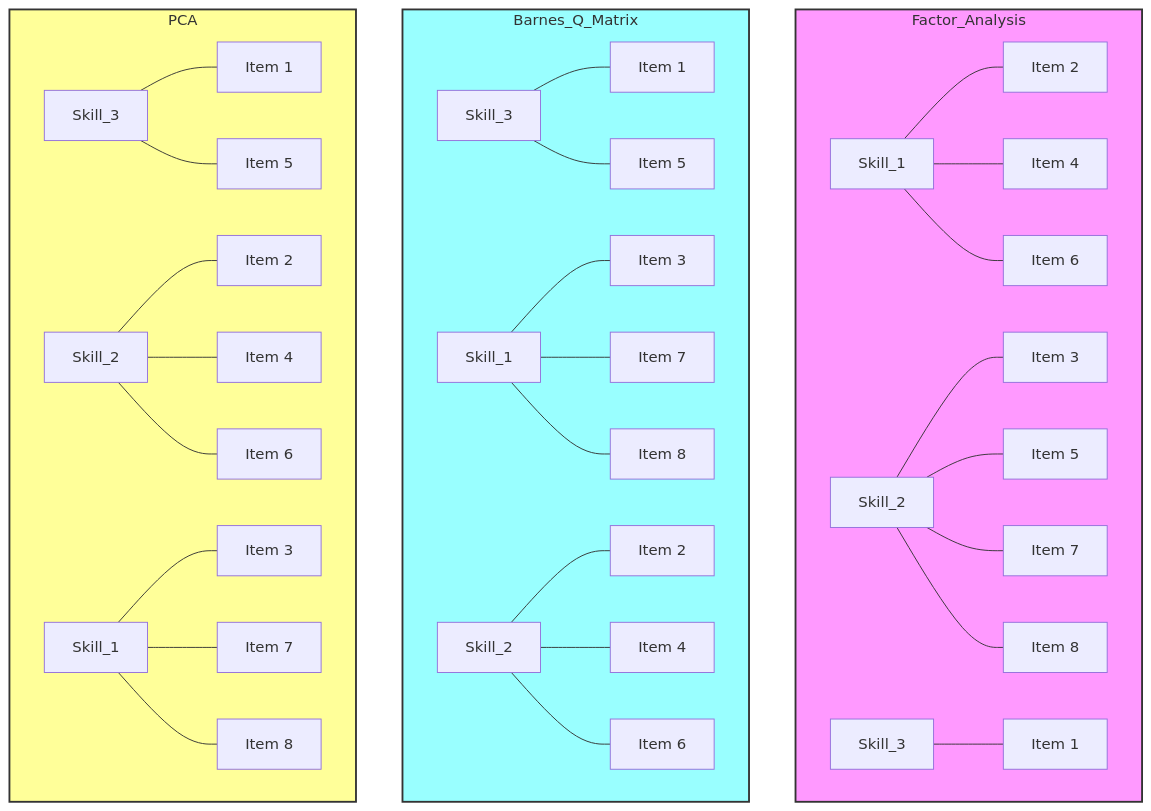
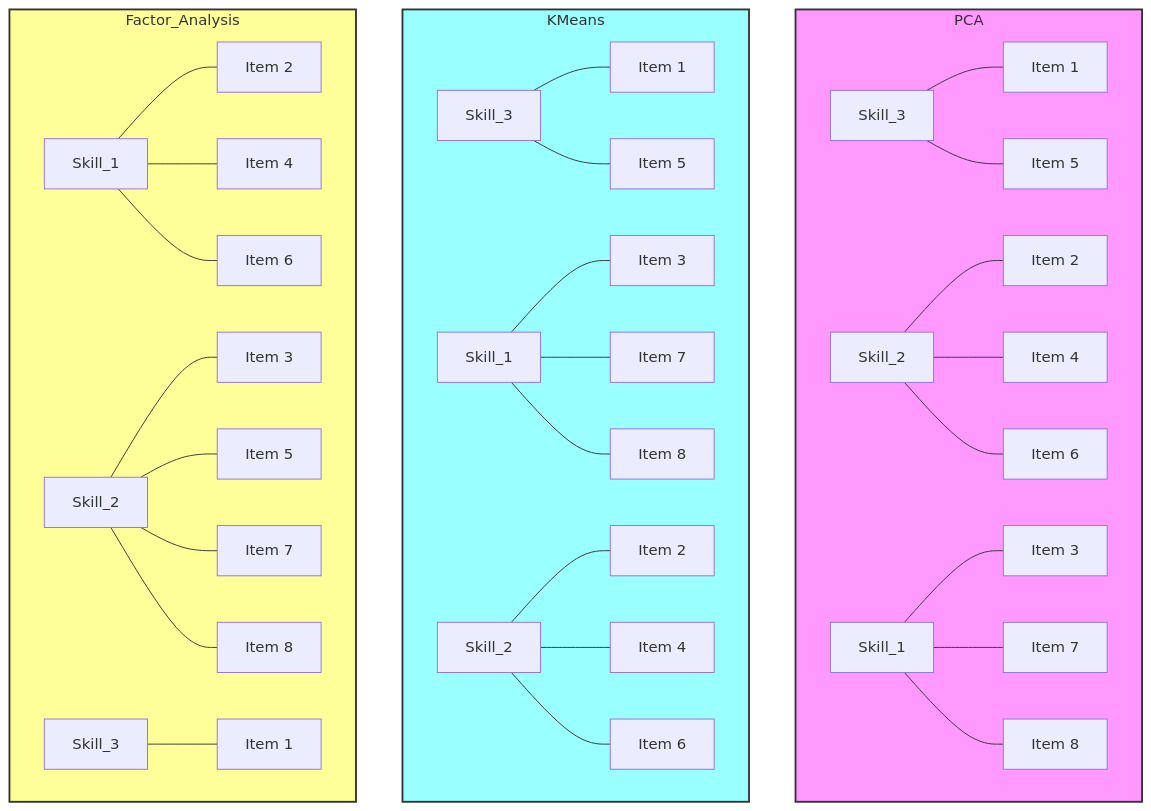
The first of 4 diagrams in educ_6191_001/creative_assignments/assignment_3/index.qmd (baker-jr-john/Website), drawn with Mermaid before and after one commit. The commit also changed other lines of this file and 3 other files, not shown here.

Commit message:
Updated some formatting and added a link for more information about Mermaid diagramming and charting

````diff
--- a/educ_6191_001/creative_assignments/assignment_3/index.qmd
+++ b/educ_6191_001/creative_assignments/assignment_3/index.qmd
@@ -179,45 +184,45 @@
 ```{mermaid}
 graph TB
+    subgraph PCA
+        PCA_S3[Skill_3] --- PCA_I1[Item 1]
+        PCA_S3 --- PCA_I5[Item 5]
+        
+        PCA_S2[Skill_2] --- PCA_I2[Item 2]
+        PCA_S2 --- PCA_I4[Item 4]
+        PCA_S2 --- PCA_I6[Item 6]
+        
+        PCA_S1[Skill_1] --- PCA_I3[Item 3]
+        PCA_S1 --- PCA_I7[Item 7]
+        PCA_S1 --- PCA_I8[Item 8]
+    end
+    
+    subgraph KMeans
+        BQ_S3[Skill_3] --- BQ_I1[Item 1]
+        BQ_S3 --- BQ_I5[Item 5]
+        
+        BQ_S1[Skill_1] --- BQ_I3[Item 3]
+        BQ_S1 --- BQ_I7[Item 7]
+        BQ_S1 --- BQ_I8[Item 8]
+        
+        BQ_S2[Skill_2] --- BQ_I2[Item 2]
+        BQ_S2 --- BQ_I4[Item 4]
+        BQ_S2 --- BQ_I6[Item 6]
+    end
+    
     subgraph Factor_Analysis
         FA_S1[Skill_1] --- FA_I2[Item 2]
         FA_S1 --- FA_I4[Item 4]
         FA_S1 --- FA_I6[Item 6]
         
         FA_S2[Skill_2] --- FA_I3[Item 3]
         FA_S2 --- FA_I5[Item 5]
         FA_S2 --- FA_I7[Item 7]
         FA_S2 --- FA_I8[Item 8]
         
         FA_S3[Skill_3] --- FA_I1[Item 1]
     end
-    
-    subgraph Barnes_Q_Matrix
-        BQ_S3[Skill_3] --- BQ_I1[Item 1]
-        BQ_S3 --- BQ_I5[Item 5]
-        
-        BQ_S1[Skill_1] --- BQ_I3[Item 3]
-        BQ_S1 --- BQ_I7[Item 7]
-        BQ_S1 --- BQ_I8[Item 8]
-        
-        BQ_S2[Skill_2] --- BQ_I2[Item 2]
-        BQ_S2 --- BQ_I4[Item 4]
-        BQ_S2 --- BQ_I6[Item 6]
-    end
-    
-    subgraph PCA
-        PCA_S3[Skill_3] --- PCA_I1[Item 1]
-        PCA_S3 --- PCA_I5[Item 5]
-        
-        PCA_S2[Skill_2] --- PCA_I2[Item 2]
-        PCA_S2 --- PCA_I4[Item 4]
-        PCA_S2 --- PCA_I6[Item 6]
-        
-        PCA_S1[Skill_1] --- PCA_I3[Item 3]
-        PCA_S1 --- PCA_I7[Item 7]
-        PCA_S1 --- PCA_I8[Item 8]
-    end
 
-    style Factor_Analysis fill:#f9f,stroke:#333,stroke-width:2px
-    style Barnes_Q_Matrix fill:#9ff,stroke:#333,stroke-width:2px
-    style PCA fill:#ff9,stroke:#333,stroke-width:2px
+    style PCA fill:#f9f,stroke:#333,stroke-width:2px
+    style KMeans fill:#9ff,stroke:#333,stroke-width:2px
+    style Factor_Analysis fill:#ff9,stroke:#333,stroke-width:2px
 ```
````
